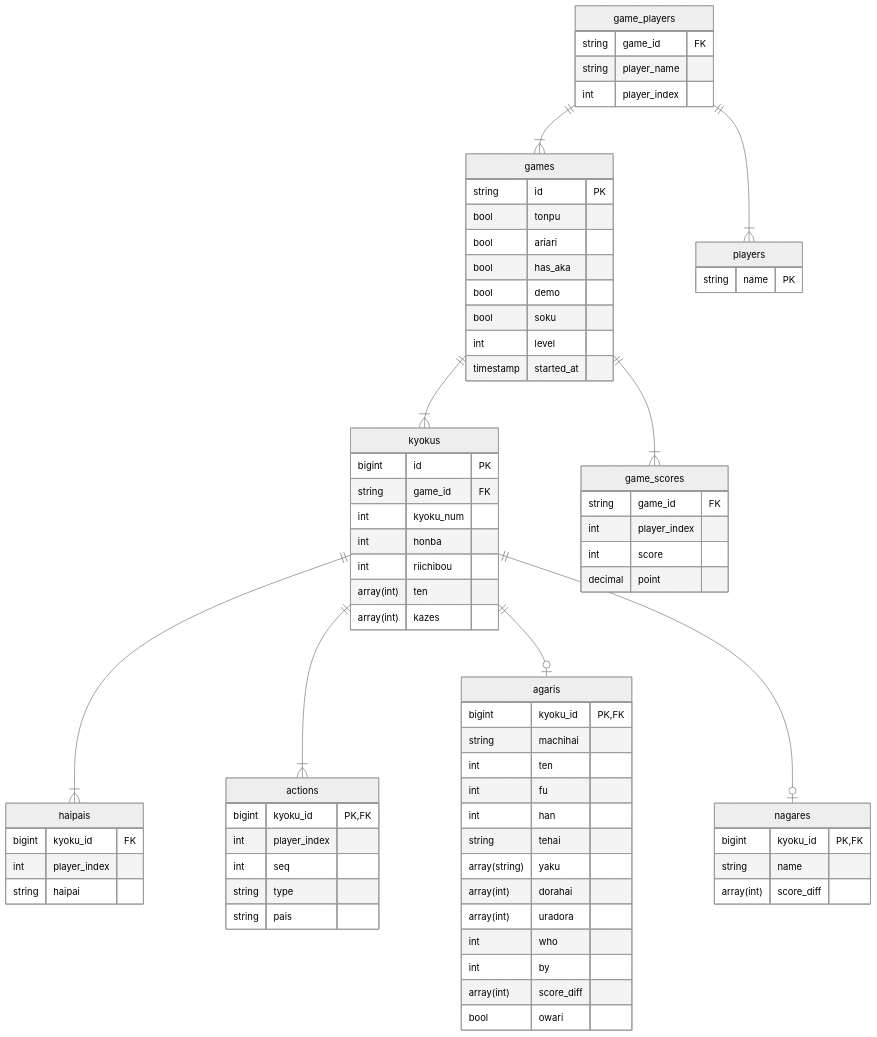
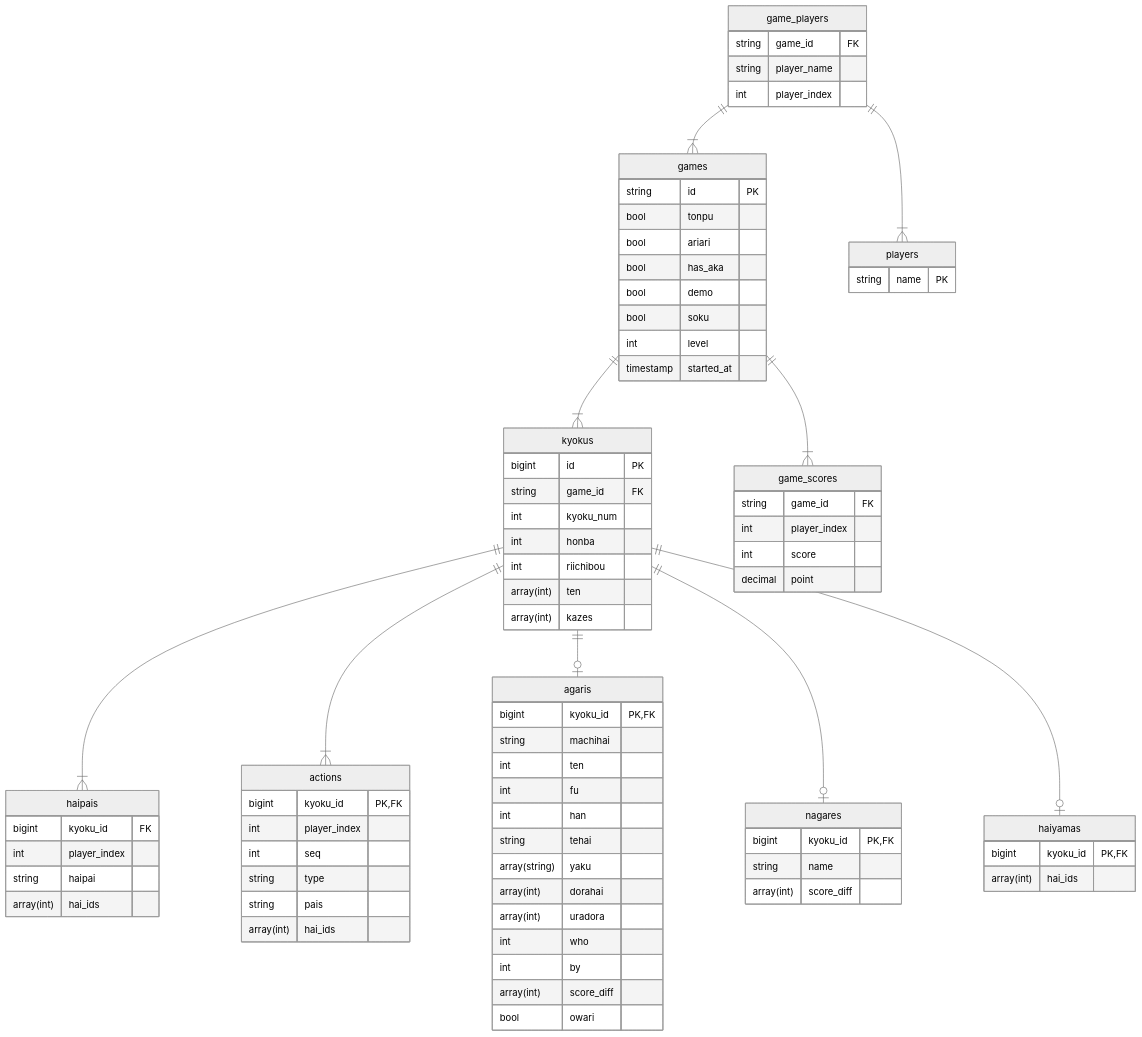
Before and after one commit to kackyt/mahjong-etl: the diagram in er/mahjong.md, drawn with Mermaid (neutral theme).

Commit message:
feat: 図を更新

```diff
--- a/er/mahjong.md
+++ b/er/mahjong.md
@@ -8,6 +8,7 @@
   kyokus ||--|{ actions : ""
   kyokus ||--o| agaris : ""
   kyokus ||--o| nagares : ""
+  kyokus ||--o| haiyamas : ""
 
   players {
     string name PK
@@ -22,10 +23,16 @@
     array(int) kazes
   }
 
+  haiyamas {
+    bigint kyoku_id PK,FK
+    array(int) hai_ids
+  }
+
   haipais {
     bigint kyoku_id FK
     int player_index
     string haipai
+    array(int) hai_ids
   }
 
   actions {
@@ -34,6 +41,7 @@
     int seq
     string type
     string pais
+    array(int) hai_ids
   }
 
   agaris {
```
